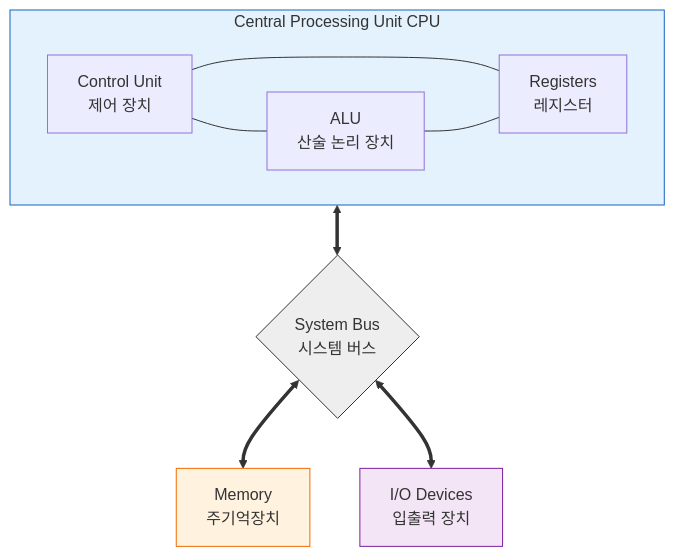
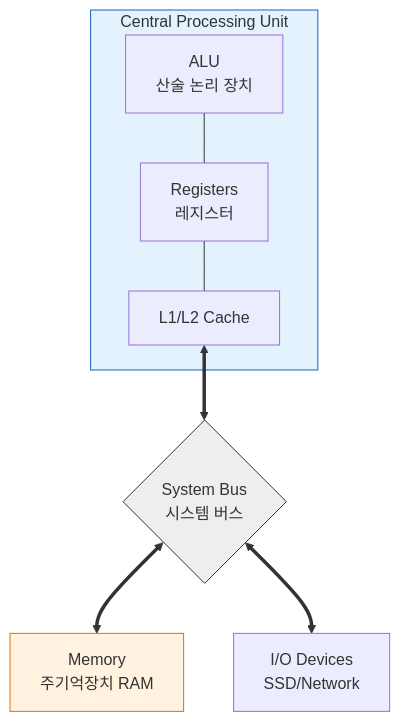
One commit to thseo4813/Study-Notes changed the first of 2 diagrams in 00-cs-basics/computer-architecture.md. Above: the diagram before and after it, drawn with Mermaid. The commit also changed other lines of this file and 21 other files, not shown here.

````diff
--- a/00-cs-basics/computer-architecture.md
+++ b/00-cs-basics/computer-architecture.md
@@ -69,26 +39,22 @@
 ```mermaid
 graph TD
-    subgraph CPU [Central Processing Unit CPU]
-        CU[Control Unit<br/>제어 장치]
+    subgraph CPU [Central Processing Unit]
         ALU[ALU<br/>산술 논리 장치]
         Reg[Registers<br/>레지스터]
-        
-        CU --- ALU
-        CU --- Reg
+        Cache[L1/L2 Cache]
         ALU --- Reg
+        Reg --- Cache
     end
 
     Bus{System Bus<br/>시스템 버스}
+    Memory[Memory<br/>주기억장치 RAM]
+    IO[I/O Devices<br/>SSD/Network]
 
-    Memory[Memory<br/>주기억장치]
-    IO[I/O Devices<br/>입출력 장치]
-
-    CPU <==> Bus
+    Cache <==> Bus
     Bus <==> Memory
     Bus <==> IO
 
     style CPU fill:#e3f2fd,stroke:#1565c0
     style Memory fill:#fff3e0,stroke:#ef6c00
-    style IO fill:#f3e5f5,stroke:#7b1fa2
     style Bus fill:#eeeeee,stroke:#333333
 ```
````
